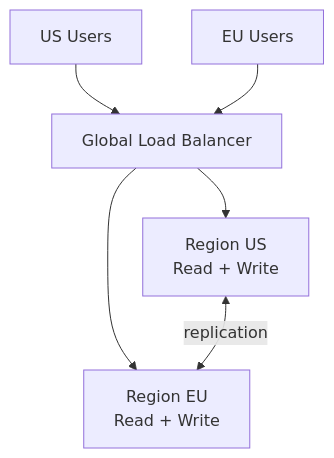
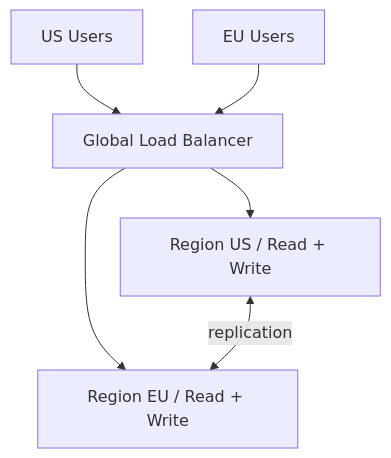
One commit to hareramcse/SystemDesign changed the sixth of 21 diagrams in 12-reliability-engineering/README.md. Above: the diagram before and after it, drawn with Mermaid. The commit also changed other lines of this file and 14 other files, not shown here.

````diff
--- a/12-reliability-engineering/README.md
+++ b/12-reliability-engineering/README.md
@@ -262,9 +262,9 @@
 ```mermaid
 flowchart TB
     GLB[Global Load Balancer]
-    GLB --> R1[Region US<br/>Read + Write]
-    GLB --> R2[Region EU<br/>Read + Write]
+    GLB --> R1[Region US / Read + Write]
+    GLB --> R2[Region EU / Read + Write]
     R1 <-->|replication| R2
     U1[US Users] --> GLB
     U2[EU Users] --> GLB
 ```
````
